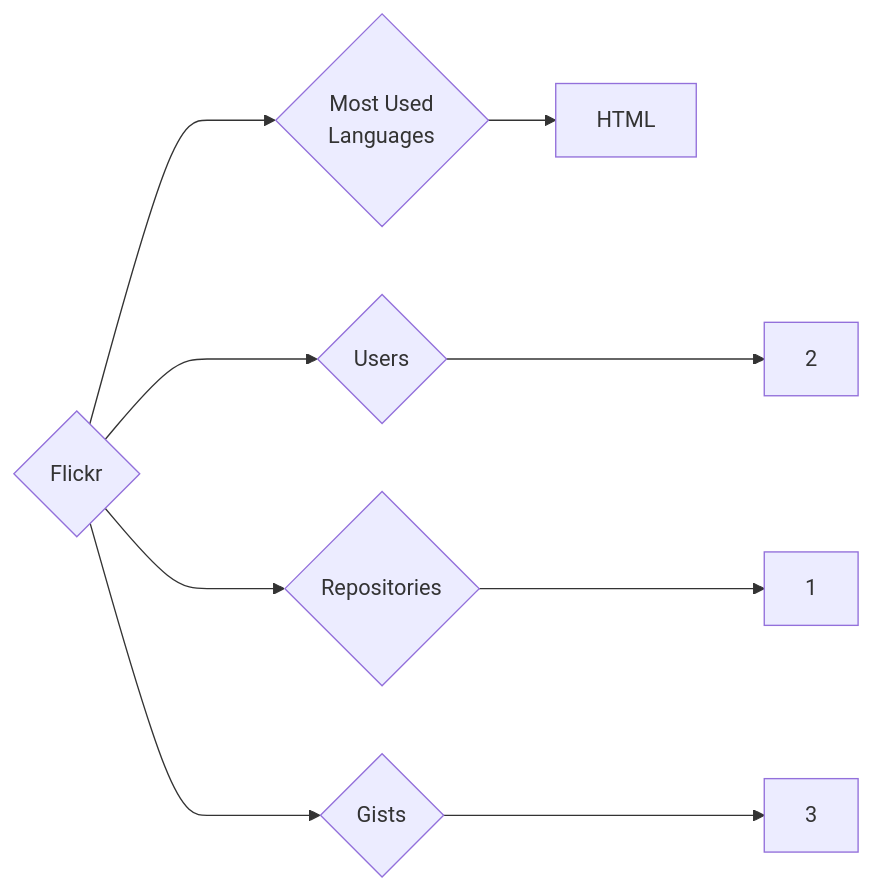
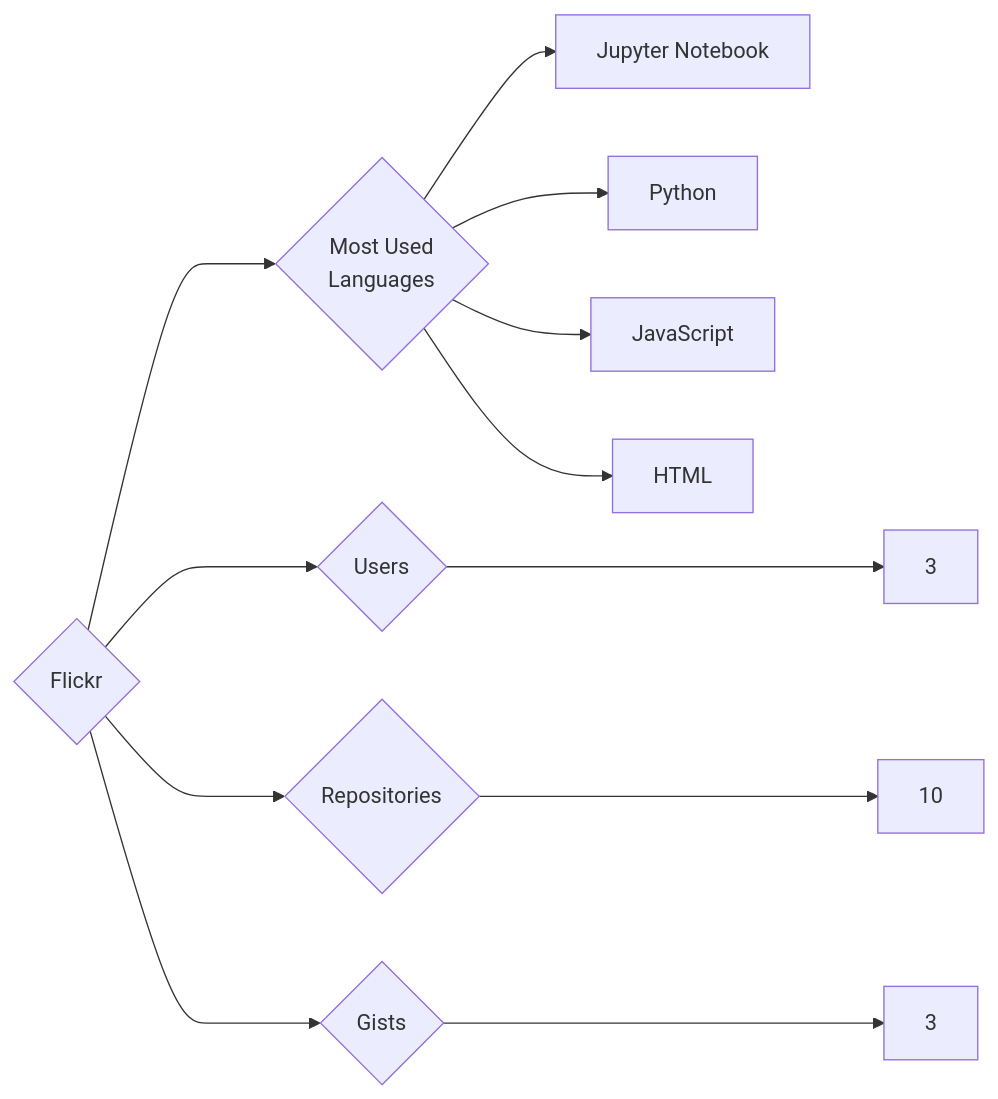
Before and after one commit to trickest/insiders: the diagram in targets/Flickr/README.md, drawn with Mermaid. The commit also changed 938 other files, not shown here.

````diff
--- a/targets/Flickr/README.md
+++ b/targets/Flickr/README.md
@@ -3,9 +3,12 @@
 ```mermaid
 graph LR
 COMPANY_NAME{Flickr}
-COMPANY_NAME ---> U{Users} ---> UN[2]
-COMPANY_NAME ---> R{Repositories} ---> RN[1]
+COMPANY_NAME ---> U{Users} ---> UN[3]
+COMPANY_NAME ---> R{Repositories} ---> RN[10]
 COMPANY_NAME ---> G{Gists} ---> GN[3]
 COMPANY_NAME ---> ML{Most Used<br>Languages}
+ML --> Jupyter_Notebook[Jupyter Notebook]
+ML --> Python[Python]
+ML --> JavaScript[JavaScript]
 ML --> HTML[HTML]
 ```
````
